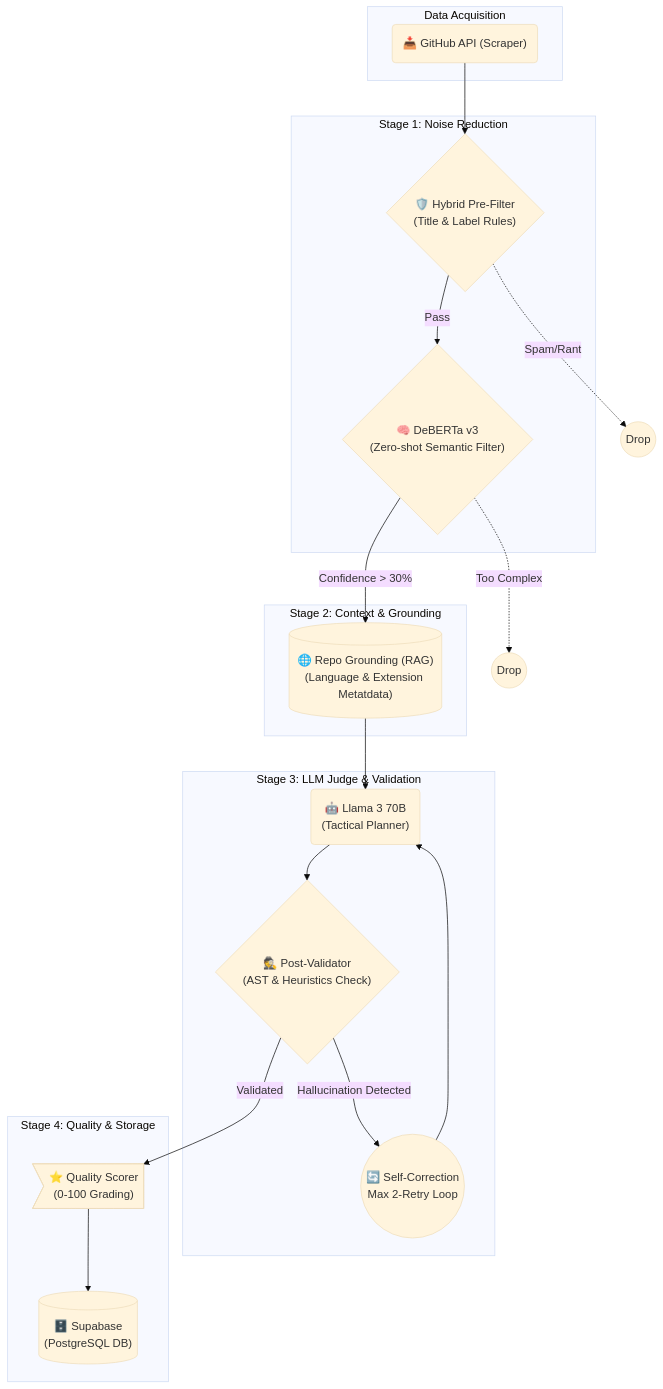
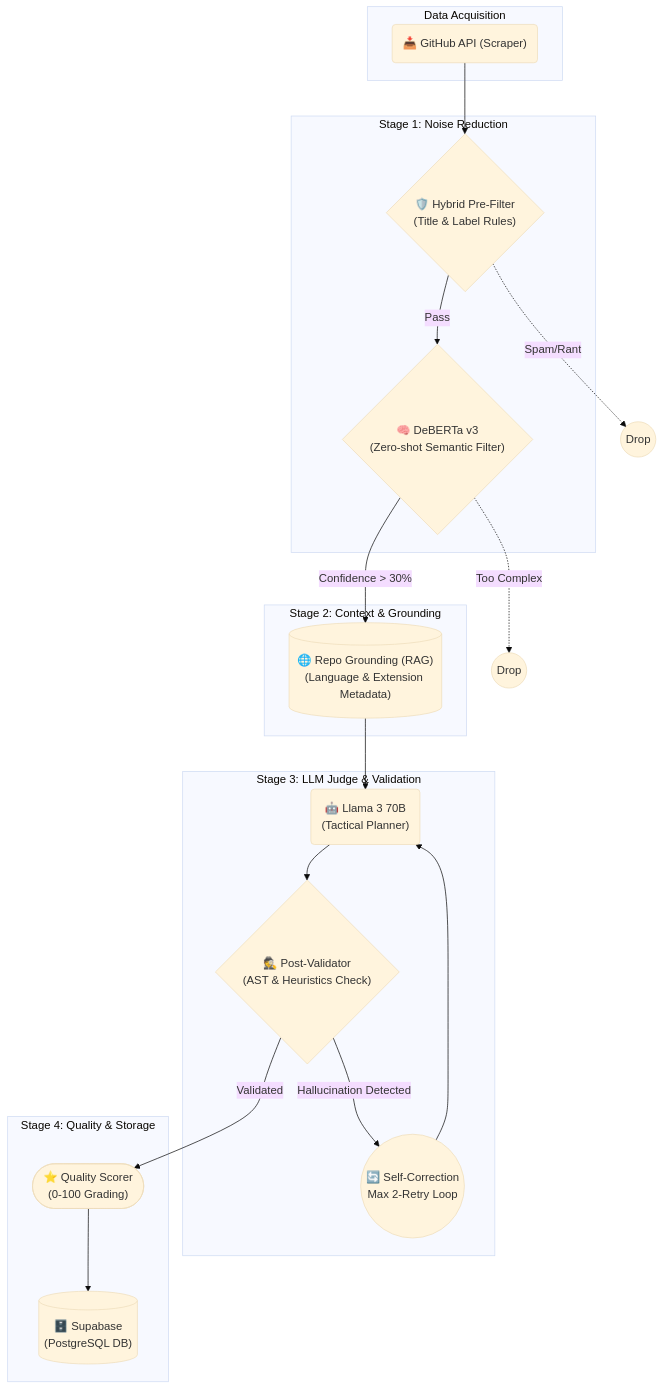
One commit to sriharizz/gitnova changed the diagram in README.md. Above: the diagram before and after it, drawn with Mermaid (base theme).

````diff
--- a/README.md
+++ b/README.md
@@ -19,38 +19,38 @@
 ```mermaid
 flowchart TD
     subgraph "Data Acquisition"
         A("📥 GitHub API (Scraper)")
     end
 
     subgraph "Stage 1: Noise Reduction"
         B{"🛡️ Hybrid Pre-Filter\n(Title & Label Rules)"}
         C{"🧠 DeBERTa v3\n(Zero-shot Semantic Filter)"}
     end
 
     subgraph "Stage 2: Context & Grounding"
-        D[("🌐 Repo Grounding (RAG)\n(Language & Extension Metatdata)")]
+        D[("🌐 Repo Grounding (RAG)\n(Language & Extension Metadata)")]
     end
 
     subgraph "Stage 3: LLM Judge & Validation"
         E("🤖 Llama 3 70B\n(Tactical Planner)")
         F{"🕵️ Post-Validator\n(AST & Heuristics Check)"}
         R(("🔄 Self-Correction\nMax 2-Retry Loop"))
     end
 
     subgraph "Stage 4: Quality & Storage"
-        G>"⭐ Quality Scorer\n(0-100 Grading)"]
+        G(["⭐ Quality Scorer\n(0-100 Grading)"])
         H[("🗄️ Supabase\n(PostgreSQL DB)")]
     end
 
     A --> B
     B -- "Pass" --> C
     B -. "Spam/Rant" .-> Drop1((Drop))
     C -- "Confidence > 30%" --> D
     C -. "Too Complex" .-> Drop2((Drop))
     D --> E
     E --> F
     F -- "Hallucination Detected" --> R
     R --> E
     F -- "Validated" --> G
     G --> H
 ```
````
